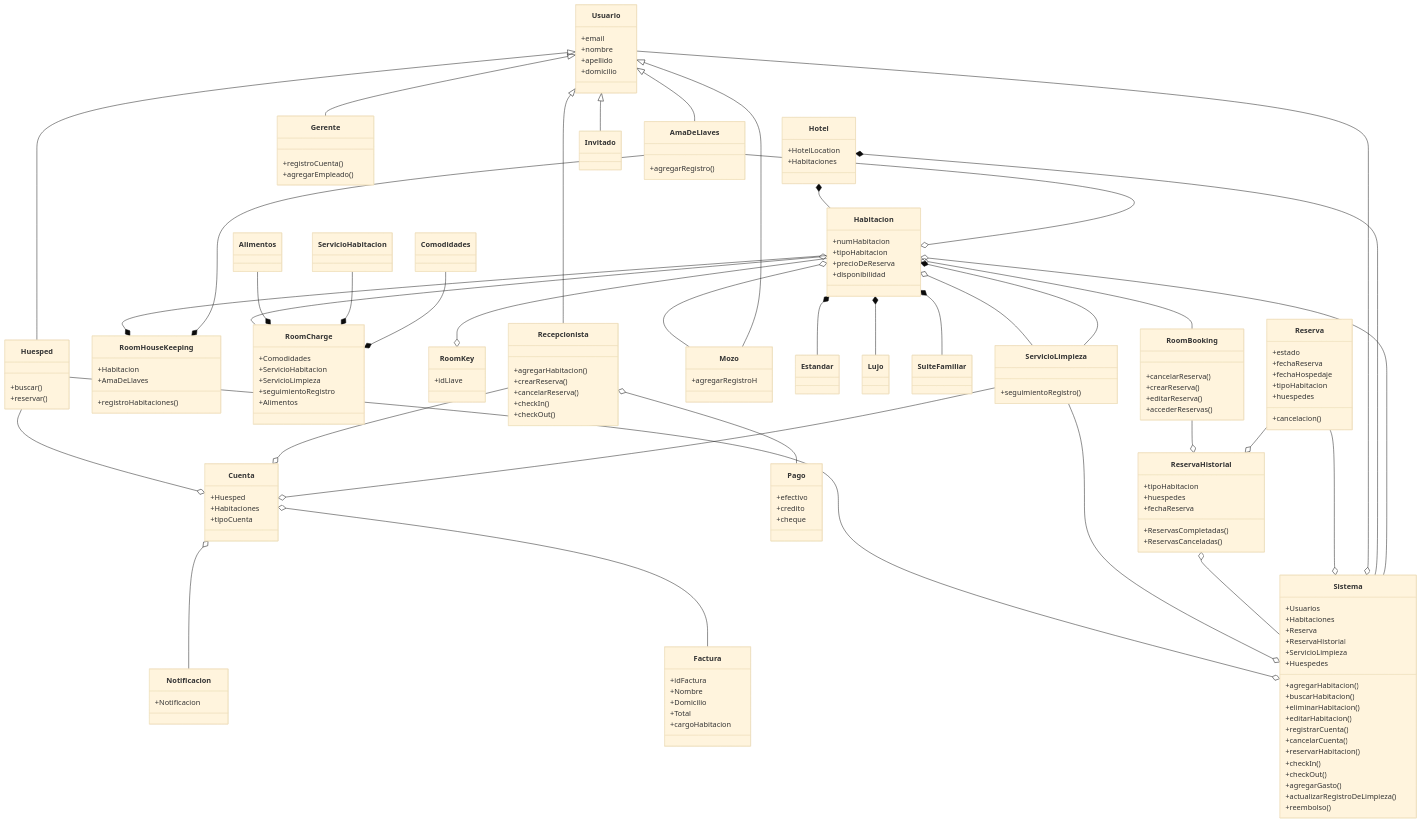
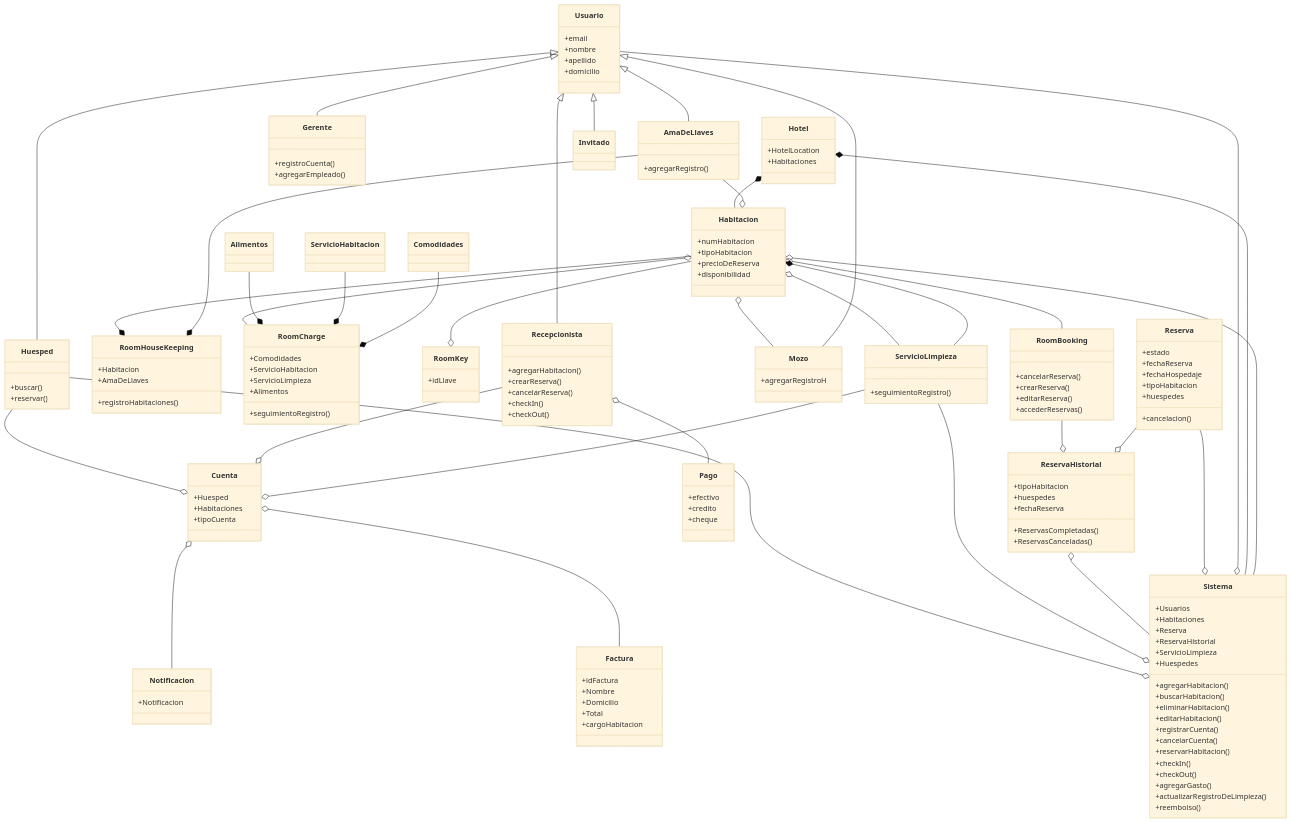
One commit to abrilchauq/Gestion-Hotelera changed the diagram in doc/diagrama.mmd. Above: the diagram before and after it, drawn with Mermaid (base theme). The commit also changed 34 other files, not shown here.

```diff
--- a/doc/diagrama.mmd
+++ b/doc/diagrama.mmd
@@ -1,178 +1,170 @@
 classDiagram
 
     Hotel *-- Habitacion
     
     class Hotel
     Hotel: +HotelLocation
     Hotel: +Habitaciones
 
     Habitacion o-- RoomBooking
     Habitacion --* RoomHouseKeeping
     Habitacion o-- RoomCharge
     Habitacion --o RoomKey
     Habitacion o-- ServicioLimpieza
     Habitacion o-- Mozo
-    Habitacion *-- Estandar
-    Habitacion *-- Lujo
-    Habitacion *-- SuiteFamiliar
 
     class Habitacion
     Habitacion: +numHabitacion
     Habitacion: +tipoHabitacion
     Habitacion: +precioDeReserva
     Habitacion: +disponibilidad
 
     Cuenta o-- Notificacion
     Cuenta o-- Factura
 
     class Cuenta
     Cuenta: +Huesped
     Cuenta: +Habitaciones
     Cuenta: +tipoCuenta
 
     class Gerente
     Gerente: +registroCuenta()
     Gerente: +agregarEmpleado()
 
     Huesped --o Cuenta
     Huesped --o Sistema
 
     class Huesped
     Huesped: +buscar()
     Huesped: +reservar()
 
     AmaDeLlaves --o Habitacion
     AmaDeLlaves --* RoomHouseKeeping
 
     class AmaDeLlaves
     AmaDeLlaves: +agregarRegistro()
 
     Recepcionista --o Cuenta
     Recepcionista o-- Pago
 
     class Recepcionista
     Recepcionista: +agregarHabitacion()
     Recepcionista: +crearReserva()
     Recepcionista: +cancelarReserva()
     Recepcionista: +checkIn()
     Recepcionista: +checkOut()
 
     ServicioLimpieza --o Sistema
     ServicioLimpieza --o Cuenta
     ServicioLimpieza --* Habitacion
 
     class ServicioLimpieza
     ServicioLimpieza: +seguimientoRegistro()
 
     class RoomBooking 
     RoomBooking: +cancelarReserva()
     RoomBooking: +crearReserva()
     RoomBooking: +editarReserva()
     RoomBooking: +accederReservas()
 
     RoomBooking --o ReservaHistorial
 
     class Notificacion
     Notificacion: +Notificacion
 
     class RoomHouseKeeping
     RoomHouseKeeping: +registroHabitaciones()
     RoomHouseKeeping: +Habitacion 
     RoomHouseKeeping: +AmaDeLlaves
 
     class RoomCharge
     RoomCharge: +Comodidades
     RoomCharge: +ServicioHabitacion
     RoomCharge: +ServicioLimpieza
-    RoomCharge: +seguimientoRegistro
     RoomCharge: +Alimentos
+    RoomCharge: +seguimientoRegistro()
 
     class Factura
     Factura: +idFactura
     Factura: +Nombre
     Factura: +Domicilio
     Factura: +Total
     Factura: +cargoHabitacion
 
     class RoomKey 
     RoomKey: +idLlave
 
     class Pago
     Pago: +efectivo
     Pago: +credito
     Pago: +cheque
 
     ReservaHistorial o-- Sistema
 
     class ReservaHistorial
     ReservaHistorial: +tipoHabitacion
     ReservaHistorial: +huespedes
     ReservaHistorial: +fechaReserva
     ReservaHistorial: +ReservasCompletadas()
     ReservaHistorial: +ReservasCanceladas()
     
     Reserva --o ReservaHistorial
     Reserva --o Sistema
 
     class Reserva
     Reserva: +estado
     Reserva: +fechaReserva
     Reserva: +fechaHospedaje
     Reserva: +tipoHabitacion
     Reserva: +huespedes
     Reserva: +cancelacion()
 
-    class Estandar
-
-    class Lujo
-
-    class SuiteFamiliar
 
     Alimentos --* RoomCharge
     class Alimentos
 
     ServicioHabitacion --* RoomCharge
     class ServicioHabitacion
 
     Comodidades --* RoomCharge
     class Comodidades
 
     class Mozo
     Mozo: +agregarRegistroH
 
     Usuario <|-- Huesped
     Usuario <|-- AmaDeLlaves
     Usuario <|-- Mozo 
     Usuario <|-- Recepcionista
     Usuario <|-- Invitado
     Usuario <|-- Gerente
     Usuario --o Sistema
 
     class Usuario
     Usuario: +email
     Usuario: +nombre
     Usuario: +apellido
     Usuario: +domicilio
 
     Sistema --* Hotel
     Sistema --o Habitacion
 
     class Sistema
     Sistema: +Usuarios
     Sistema: +Habitaciones
     Sistema: +Reserva
     Sistema: +ReservaHistorial
     Sistema: +ServicioLimpieza
     Sistema: +Huespedes
     Sistema: +agregarHabitacion()
     Sistema: +buscarHabitacion()
     Sistema: +eliminarHabitacion()
     Sistema: +editarHabitacion()
     Sistema: +registrarCuenta()
     Sistema: +cancelarCuenta()
     Sistema: +reservarHabitacion()
     Sistema: +checkIn()
     Sistema: +checkOut()
     Sistema: +agregarGasto()
     Sistema: +actualizarRegistroDeLimpieza()
     Sistema: +reembolso()
```
